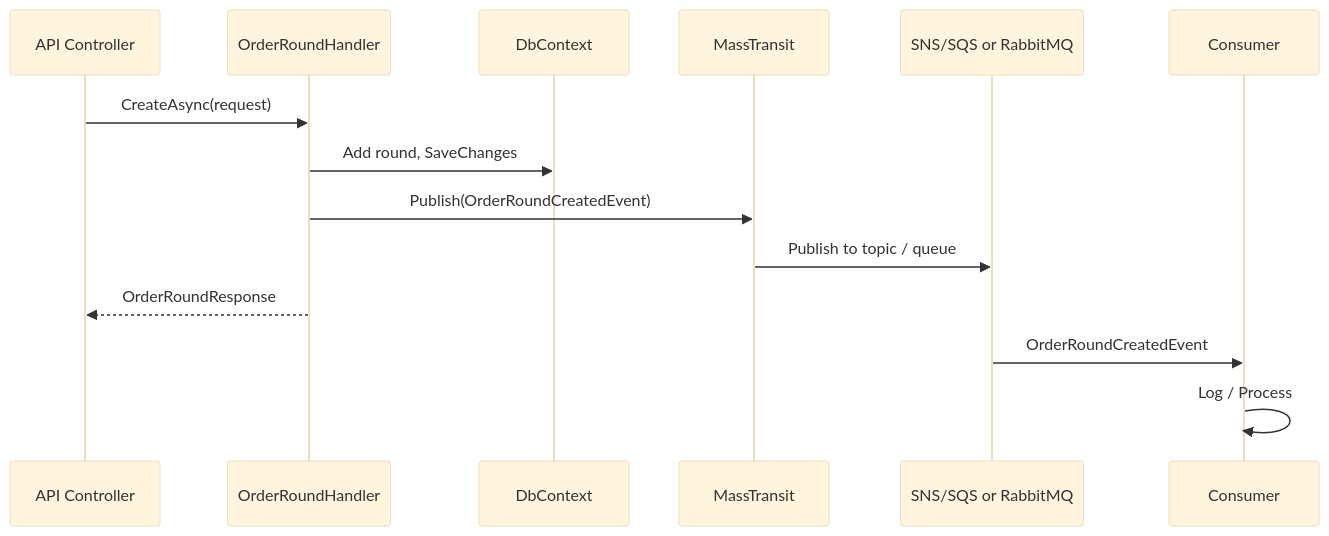
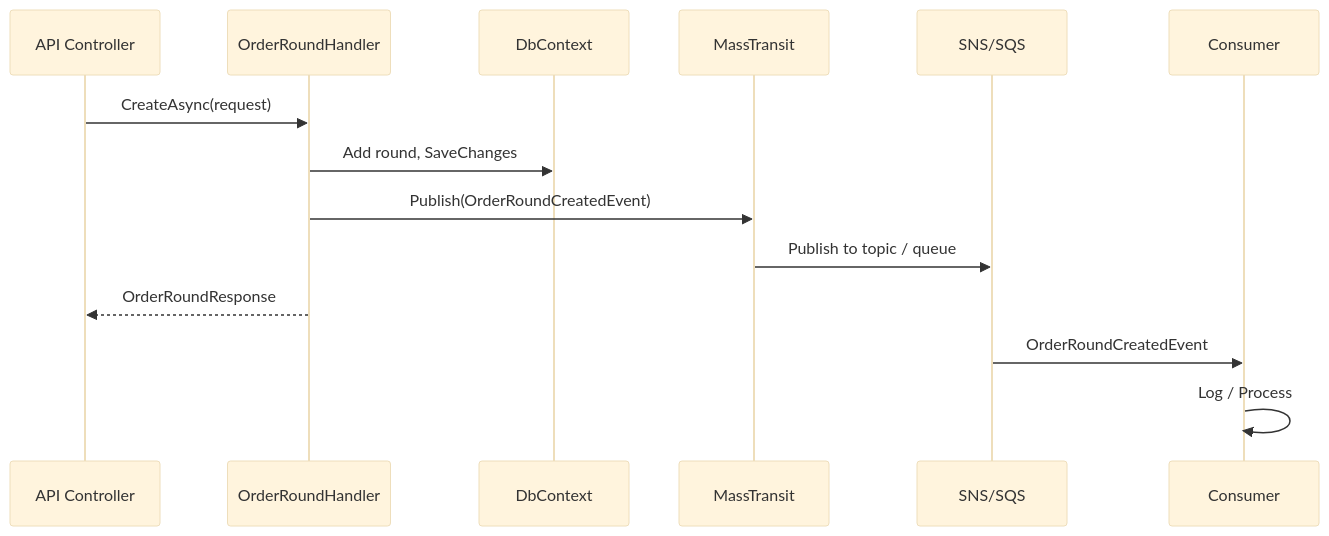
One commit to Ahmed-Shehzad/MIRA changed the second of 14 diagrams in docs/system-architecture-diagrams.md. Above: the diagram before and after it, drawn with Mermaid (base theme). The commit also changed other lines of this file and 188 other files, not shown here.

````diff
--- a/docs/system-architecture-diagrams.md
+++ b/docs/system-architecture-diagrams.md
@@ -57,17 +57,17 @@
 ```mermaid
 sequenceDiagram
     participant API as API Controller
     participant Handler as OrderRoundHandler
     participant DB as DbContext
     participant MT as MassTransit
-    participant MQ as SNS/SQS or RabbitMQ
+    participant MQ as SNS/SQS
     participant C as Consumer
 
     API->>Handler: CreateAsync(request)
     Handler->>DB: Add round, SaveChanges
     Handler->>MT: Publish(OrderRoundCreatedEvent)
     MT->>MQ: Publish to topic / queue
     Handler-->>API: OrderRoundResponse
     MQ->>C: OrderRoundCreatedEvent
     C->>C: Log / Process
 ```
````
